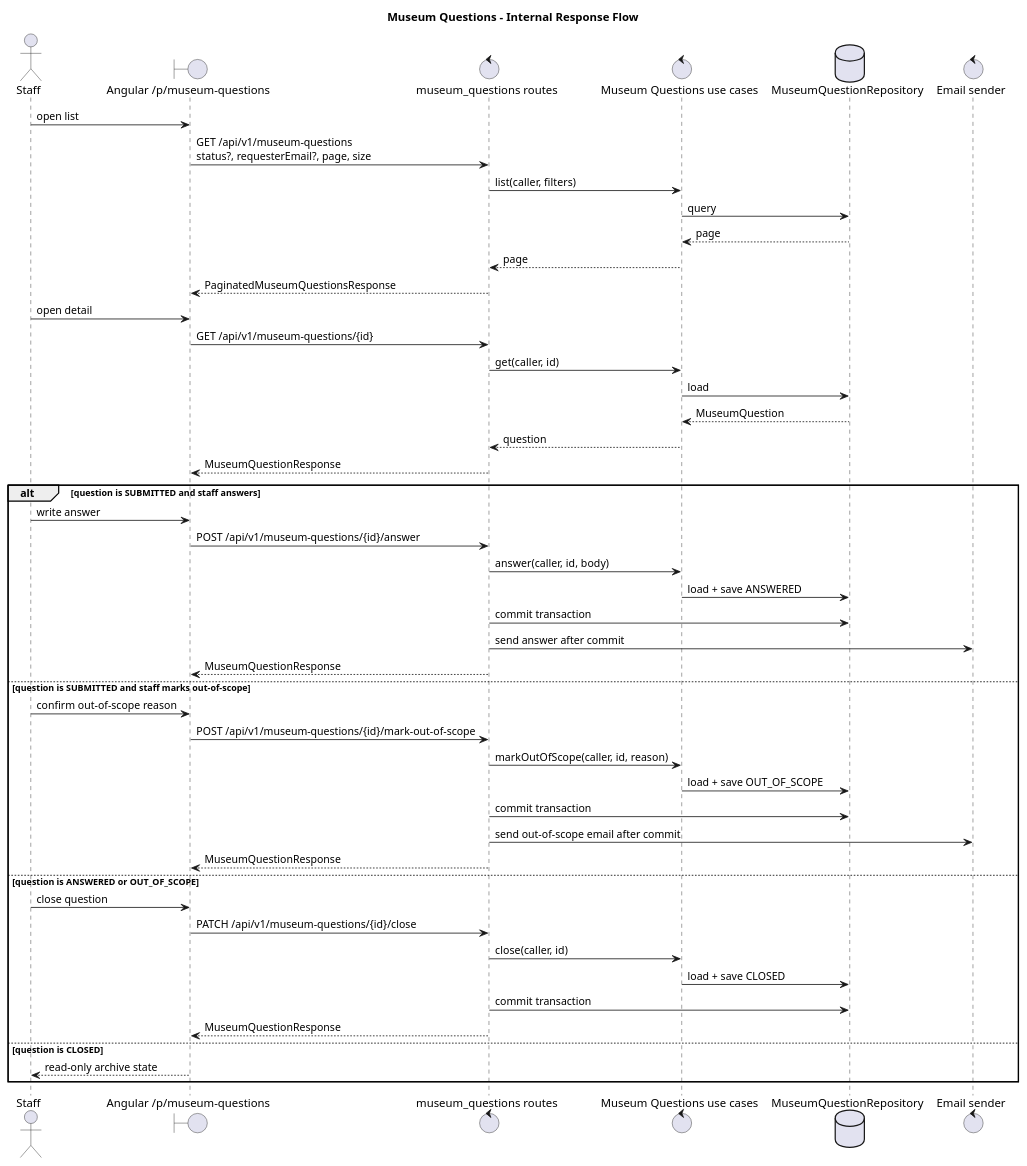
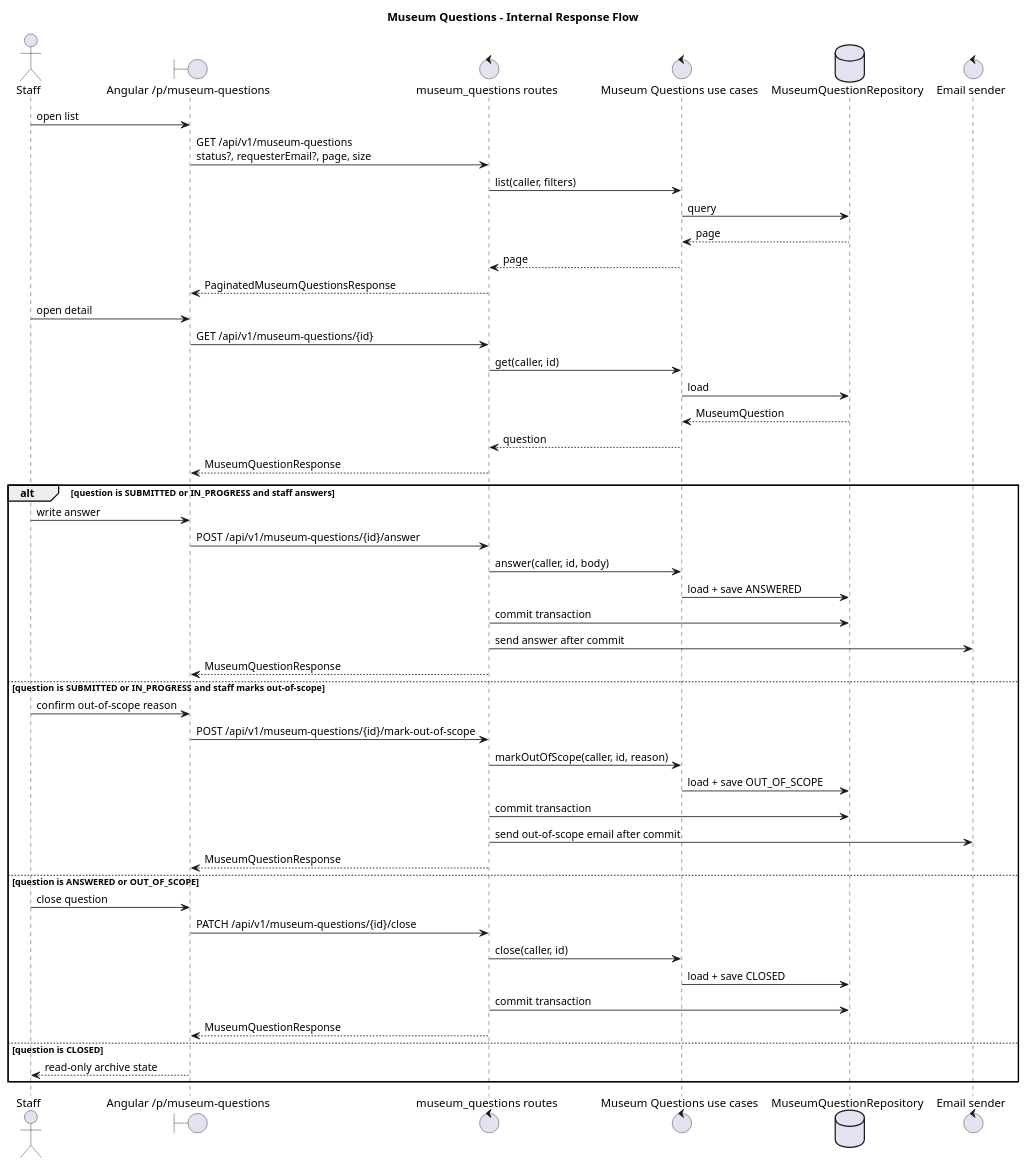
Before and after one commit to marcosduchinski/vitarerum: the diagram in docs/diagrams/museum-questions-response-flow.puml, drawn with PlantUML. The commit also changed 25 other files, not shown here.

Commit message:
feat: add in-progress status to museum question status labels

```diff
--- a/docs/diagrams/museum-questions-response-flow.puml
+++ b/docs/diagrams/museum-questions-response-flow.puml
@@ -1,56 +1,56 @@
 @startuml museum-questions-response-flow
 title Museum Questions - Internal Response Flow
 
 skinparam shadowing false
 
 actor Staff
 boundary "Angular /p/museum-questions" as UI
 control "museum_questions routes" as Routes
 control "Museum Questions use cases" as UseCases
 database "MuseumQuestionRepository" as Repo
 control "Email sender" as Email
 
 Staff -> UI : open list
 UI -> Routes : GET /api/v1/museum-questions\nstatus?, requesterEmail?, page, size
 Routes -> UseCases : list(caller, filters)
 UseCases -> Repo : query
 Repo --> UseCases : page
 UseCases --> Routes : page
 Routes --> UI : PaginatedMuseumQuestionsResponse
 
 Staff -> UI : open detail
 UI -> Routes : GET /api/v1/museum-questions/{id}
 Routes -> UseCases : get(caller, id)
 UseCases -> Repo : load
 Repo --> UseCases : MuseumQuestion
 UseCases --> Routes : question
 Routes --> UI : MuseumQuestionResponse
 
-alt question is SUBMITTED and staff answers
+alt question is SUBMITTED or IN_PROGRESS and staff answers
   Staff -> UI : write answer
   UI -> Routes : POST /api/v1/museum-questions/{id}/answer
   Routes -> UseCases : answer(caller, id, body)
   UseCases -> Repo : load + save ANSWERED
   Routes -> Repo : commit transaction
   Routes -> Email : send answer after commit
   Routes --> UI : MuseumQuestionResponse
-else question is SUBMITTED and staff marks out-of-scope
+else question is SUBMITTED or IN_PROGRESS and staff marks out-of-scope
   Staff -> UI : confirm out-of-scope reason
   UI -> Routes : POST /api/v1/museum-questions/{id}/mark-out-of-scope
   Routes -> UseCases : markOutOfScope(caller, id, reason)
   UseCases -> Repo : load + save OUT_OF_SCOPE
   Routes -> Repo : commit transaction
   Routes -> Email : send out-of-scope email after commit
   Routes --> UI : MuseumQuestionResponse
 else question is ANSWERED or OUT_OF_SCOPE
   Staff -> UI : close question
   UI -> Routes : PATCH /api/v1/museum-questions/{id}/close
   Routes -> UseCases : close(caller, id)
   UseCases -> Repo : load + save CLOSED
   Routes -> Repo : commit transaction
   Routes --> UI : MuseumQuestionResponse
 else question is CLOSED
   UI --> Staff : read-only archive state
 end
 
 @enduml
```
